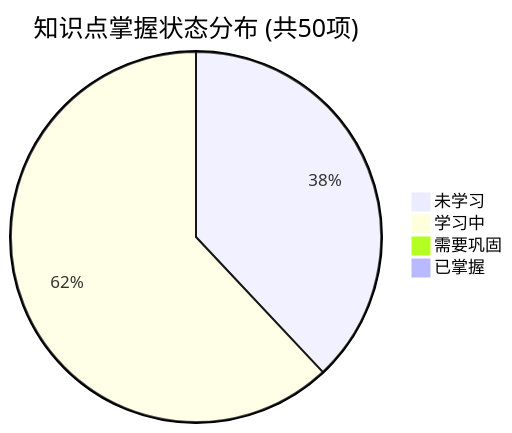
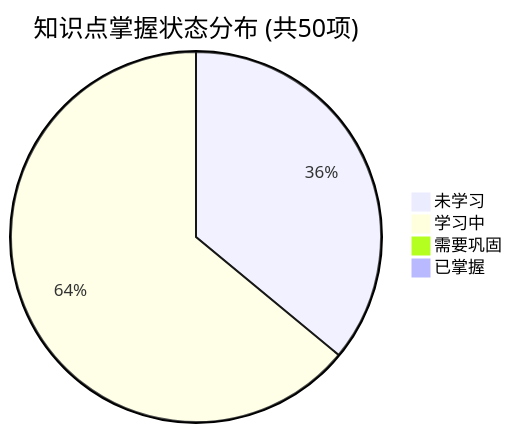
One commit to tieke1121/tech-interview-knowledge-base changed the first of 2 diagrams in PROGRESS.md. Above: the diagram before and after it, drawn with Mermaid. The commit also changed other lines of this file and 1 other file, not shown here.

Commit message:
feat(day36): add LLM architecture, attention mechanism, KV cache & AI Agent runtime document

````diff
--- a/PROGRESS.md
+++ b/PROGRESS.md
@@ -23,7 +23,7 @@
 ```mermaid
 pie title 知识点掌握状态分布 (共50项)
-    "未学习" : 19
-    "学习中" : 31
+    "未学习" : 18
+    "学习中" : 32
     "需要巩固" : 0
     "已掌握" : 0
 ```
````
